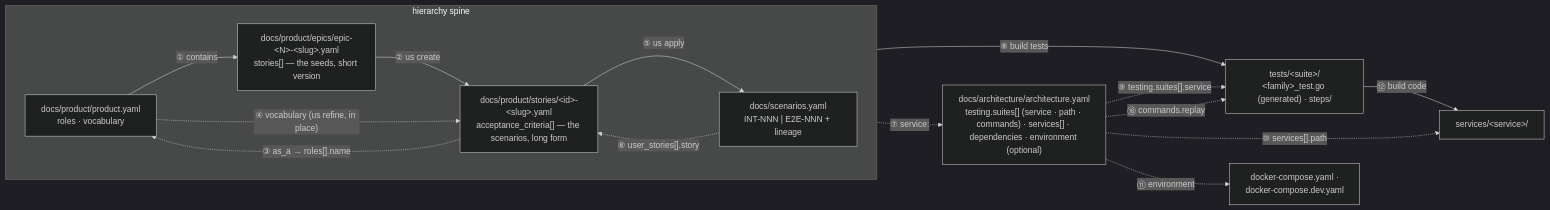
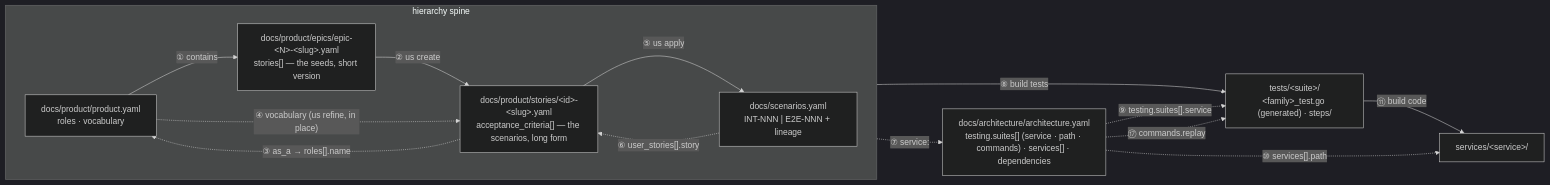
Before and after one commit to ondatra-ai/true-bdd: the diagram in docs/doc-universe.md, drawn with Mermaid (dark theme). The commit also changed other lines of this file and 113 other files, not shown here.

````diff
--- a/docs/doc-universe.md
+++ b/docs/doc-universe.md
@@ -83,30 +81,28 @@
 ```mermaid
 flowchart LR
   subgraph spine["hierarchy spine"]
     direction LR
     PRODUCT["docs/product/product.yaml<br/>roles · vocabulary"]
     EPIC["docs/product/epics/epic-&lt;N&gt;-&lt;slug&gt;.yaml<br/>stories[] — the seeds, short version"]
     STORY["docs/product/stories/&lt;id&gt;-&lt;slug&gt;.yaml<br/>acceptance_criteria[] — the scenarios, long form"]
     REG["docs/scenarios.yaml<br/>INT-NNN | E2E-NNN + lineage"]
     PRODUCT -- "① contains" --> EPIC
     EPIC -- "② us create" --> STORY
     STORY -- "⑤ us apply" --> REG
   end
 
   STORY -. "③ as_a → roles[].name" .-> PRODUCT
   PRODUCT -. "④ vocabulary (us refine, in place)" .-> STORY
   REG -. "⑥ user_stories[].story" .-> STORY
 
-  ARCH["docs/architecture/architecture.yaml<br/>testing.suites[] (service · path · commands) · services[] · dependencies · environment (optional)"]
+  ARCH["docs/architecture/architecture.yaml<br/>testing.suites[] (service · path · commands) · services[] · dependencies"]
   TESTS["tests/&lt;suite&gt;/<br/>&lt;family&gt;_test.go (generated) · steps/"]
   SRC["services/&lt;service&gt;/"]
-  COMPOSE["docker-compose.yaml ·<br/>docker-compose.dev.yaml"]
 
   REG -- "⑧ build tests" --> TESTS
-  TESTS -- "⑫ build code" --> SRC
+  TESTS -- "⑪ build code" --> SRC
   REG -. "⑦ service:" .-> ARCH
   ARCH -. "⑨ testing.suites[].service" .-> TESTS
-  ARCH -. "⑱ commands.replay" .-> TESTS
+  ARCH -. "⑰ commands.replay" .-> TESTS
   ARCH -. "⑩ services[].path" .-> SRC
-  ARCH -. "⑪ environment" .-> COMPOSE
 ```
````
